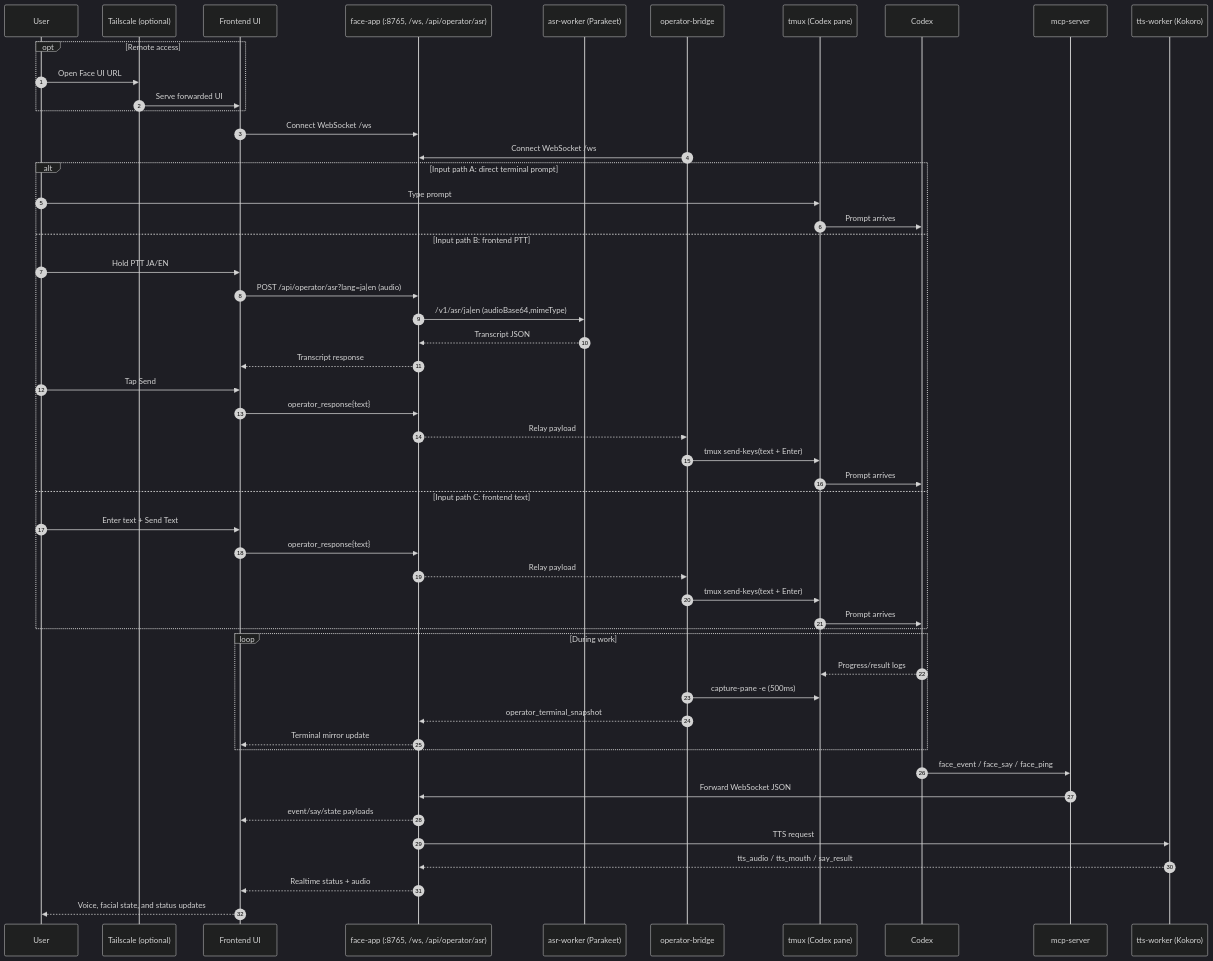
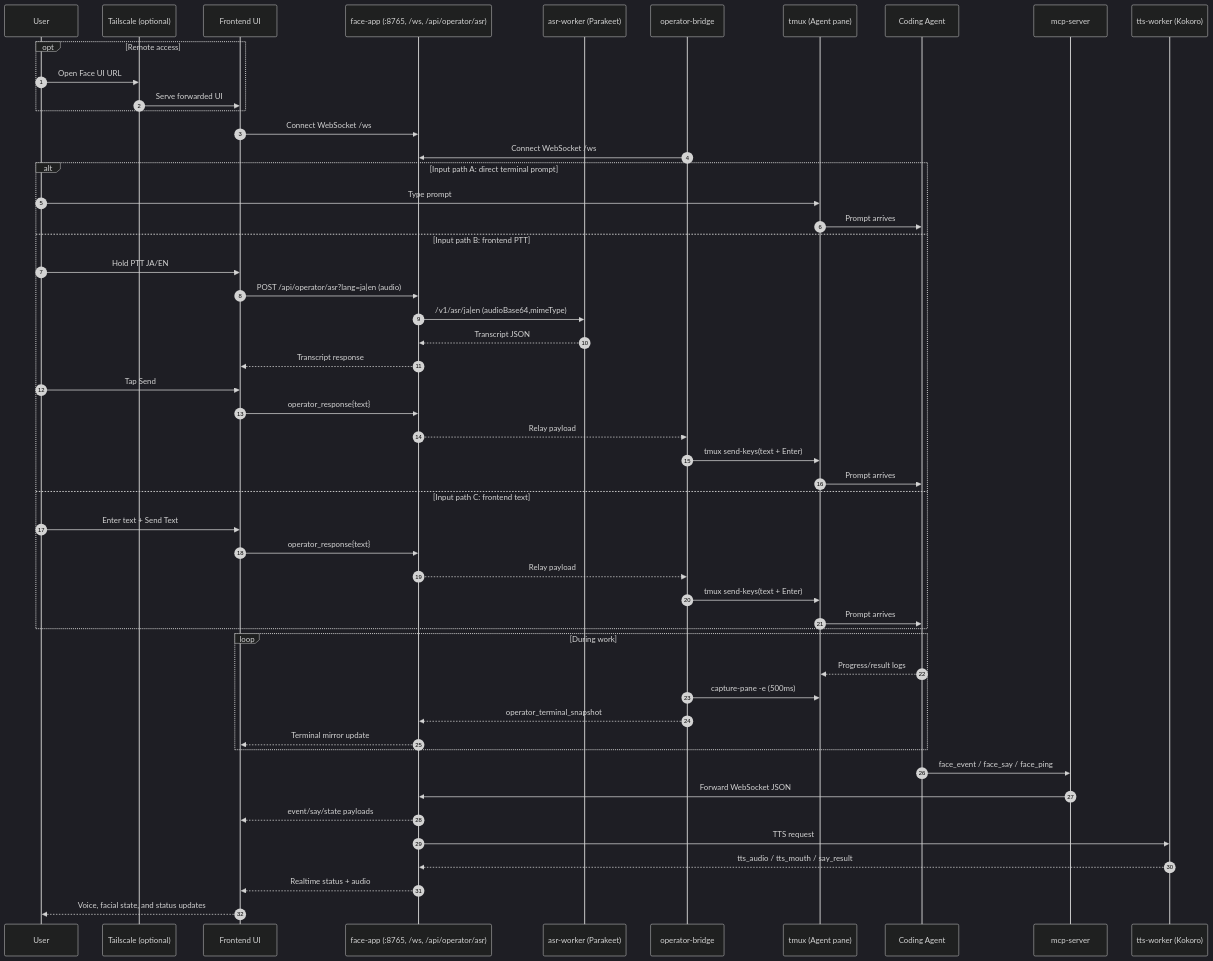
One commit to amariichi/MinimumHeadroom changed the second of 4 diagrams in README.md. Above: the diagram before and after it, drawn with Mermaid (dark theme). The commit also changed other lines of this file and 16 other files, not shown here.

````diff
--- a/README.md
+++ b/README.md
@@ -134,60 +105,60 @@
 ```mermaid
 sequenceDiagram
   autonumber
   participant U as User
   participant TS as Tailscale (optional)
   participant FE as Frontend UI
   participant FA as face-app (:8765, /ws, /api/operator/asr)
   participant ASR as asr-worker (Parakeet)
   participant BR as operator-bridge
-  participant TM as tmux (Codex pane)
-  participant CX as Codex
+  participant TM as tmux (Agent pane)
+  participant CX as Coding Agent
   participant MCP as mcp-server
   participant TTS as tts-worker (Kokoro)
 
   opt Remote access
     U->>TS: Open Face UI URL
     TS->>FE: Serve forwarded UI
   end
 
   FE->>FA: Connect WebSocket /ws
   BR->>FA: Connect WebSocket /ws
 
   alt Input path A: direct terminal prompt
     U->>TM: Type prompt
     TM->>CX: Prompt arrives
   else Input path B: frontend PTT
     U->>FE: Hold PTT JA/EN
     FE->>FA: POST /api/operator/asr?lang=ja|en (audio)
     FA->>ASR: /v1/asr/ja|en (audioBase64,mimeType)
     ASR-->>FA: Transcript JSON
     FA-->>FE: Transcript response
     U->>FE: Tap Send
     FE->>FA: operator_response{text}
     FA-->>BR: Relay payload
     BR->>TM: tmux send-keys(text + Enter)
     TM->>CX: Prompt arrives
   else Input path C: frontend text
     U->>FE: Enter text + Send Text
     FE->>FA: operator_response{text}
     FA-->>BR: Relay payload
     BR->>TM: tmux send-keys(text + Enter)
     TM->>CX: Prompt arrives
   end
 
   loop During work
     CX-->>TM: Progress/result logs
     BR->>TM: capture-pane -e (500ms)
     BR-->>FA: operator_terminal_snapshot
     FA-->>FE: Terminal mirror update
   end
 
   CX->>MCP: face_event / face_say / face_ping
   MCP->>FA: Forward WebSocket JSON
   FA-->>FE: event/say/state payloads
 
   FA->>TTS: TTS request
   TTS-->>FA: tts_audio / tts_mouth / say_result
   FA-->>FE: Realtime status + audio
   FE-->>U: Voice, facial state, and status updates
 ```
````
